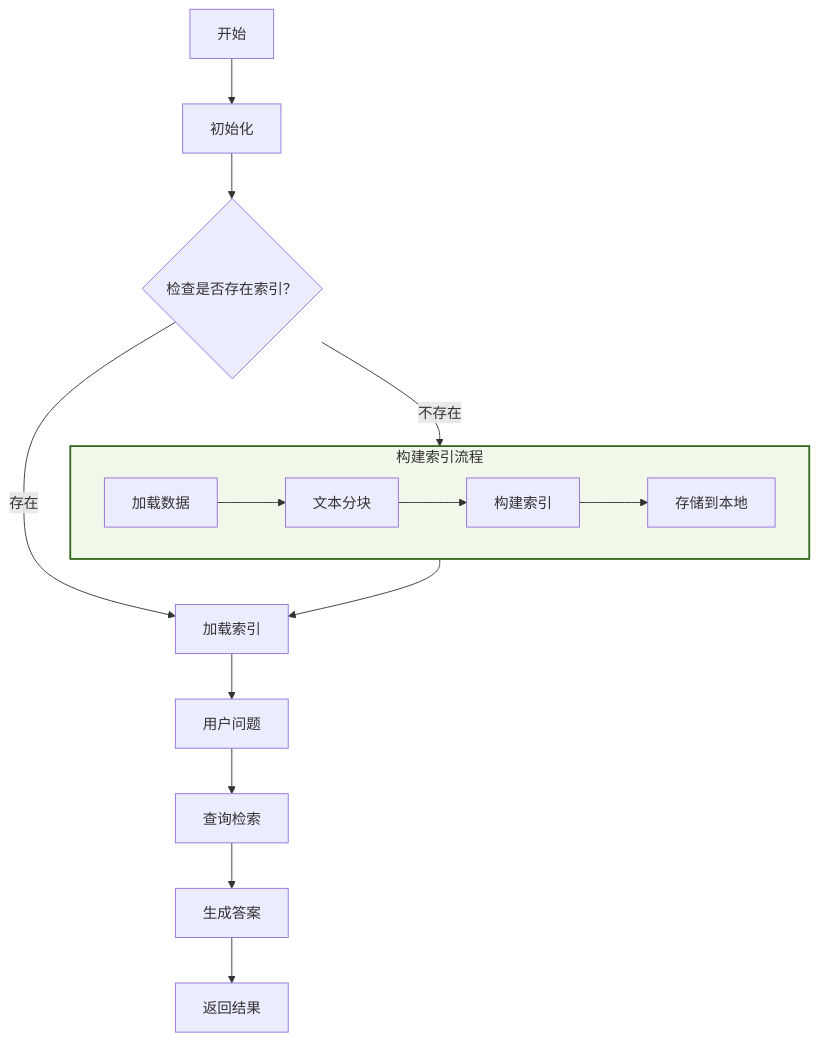
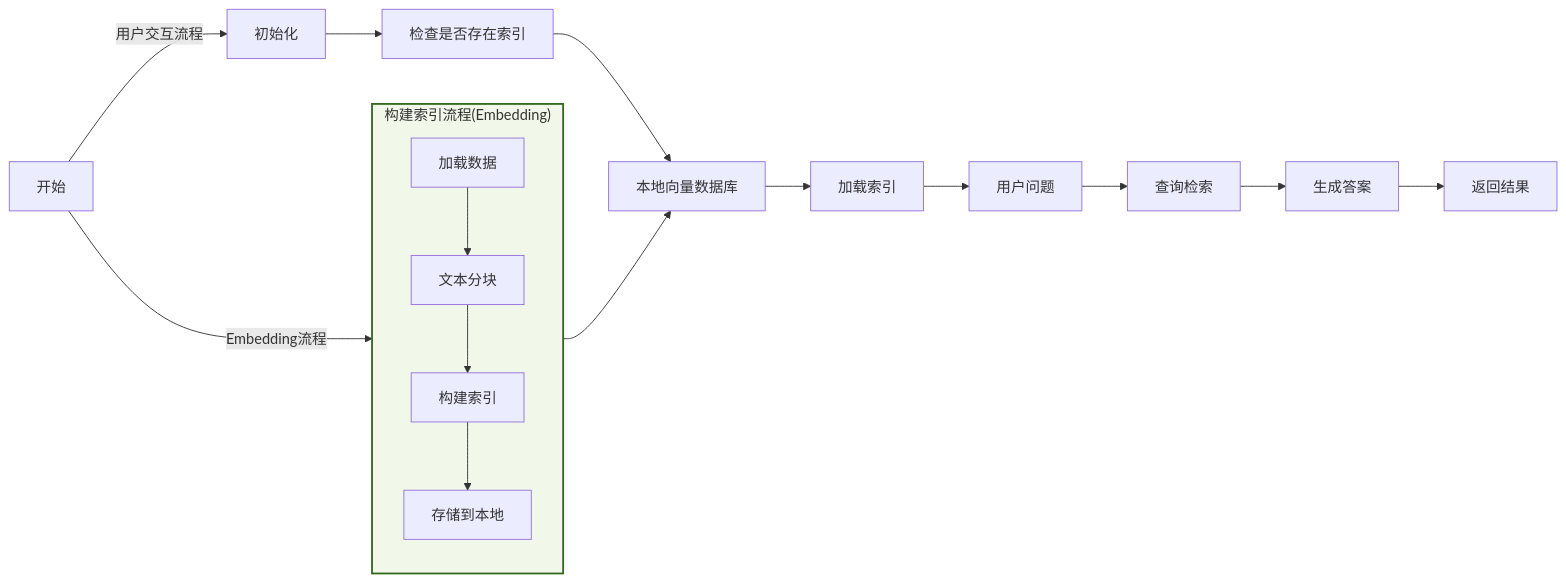
The first of 2 diagrams in docs/项目架构.md (leigangzhang/cook-rag), drawn with Mermaid before and after one commit. The commit also changed other lines of this file and 7 other files, not shown here.

````diff
--- a/docs/项目架构.md
+++ b/docs/项目架构.md
@@ -5,36 +10,34 @@
 ```mermaid
-flowchart TD
+flowchart LR
 
-%% 系统初始化
-START[开始] --> SYSTEM_INIT[初始化]
+%% 多流程分支
+START[开始] --> |Embedding流程| BuildIndex
+BuildIndex --> FAISS_STORE[本地向量数据库]
+START[开始] --> |用户交互流程| SYSTEM_INIT[初始化]
 
 %% 知识库构建
-SYSTEM_INIT --> INDEX_CHECK{"检查是否存在索引？"}
-INDEX_CHECK --> |存在| LOAD_INDEX[加载索引]
-INDEX_CHECK --> |不存在| BuildIndex
-BuildIndex --> LOAD_INDEX
+SYSTEM_INIT --> INDEX_CHECK[检查是否存在索引]
+INDEX_CHECK --> FAISS_STORE
+FAISS_STORE --> LOAD_INDEX[加载索引]
 
 %% 用户检索
 LOAD_INDEX --> USER_QUERSTION[用户问题]
 USER_QUERSTION --> QUERY_RETRIAL[查询检索]
 
 %% LLM生成
 QUERY_RETRIAL --> GENERAL_ANSWER[生成答案]
 GENERAL_ANSWER --> RESPONSE_USER[返回结果]
 
 %% 构建索引子流程
-subgraph BuildIndex [构建索引流程]
+subgraph BuildIndex ["构建索引流程(Embedding)"]
     LOAD_DATA[加载数据] --> DATA_CHUNCK[文本分块] 
     DATA_CHUNCK --> BUILD_INDEX[构建索引]
     BUILD_INDEX --> STORE_INDEX[存储到本地]
 end
-
-
 
 %% 样式定义
 classDef module fill:#f1f8e9,stroke:#33691e,stroke-width:2px
 
 %% 样式应用
 class BuildIndex module
-
 ```
````
